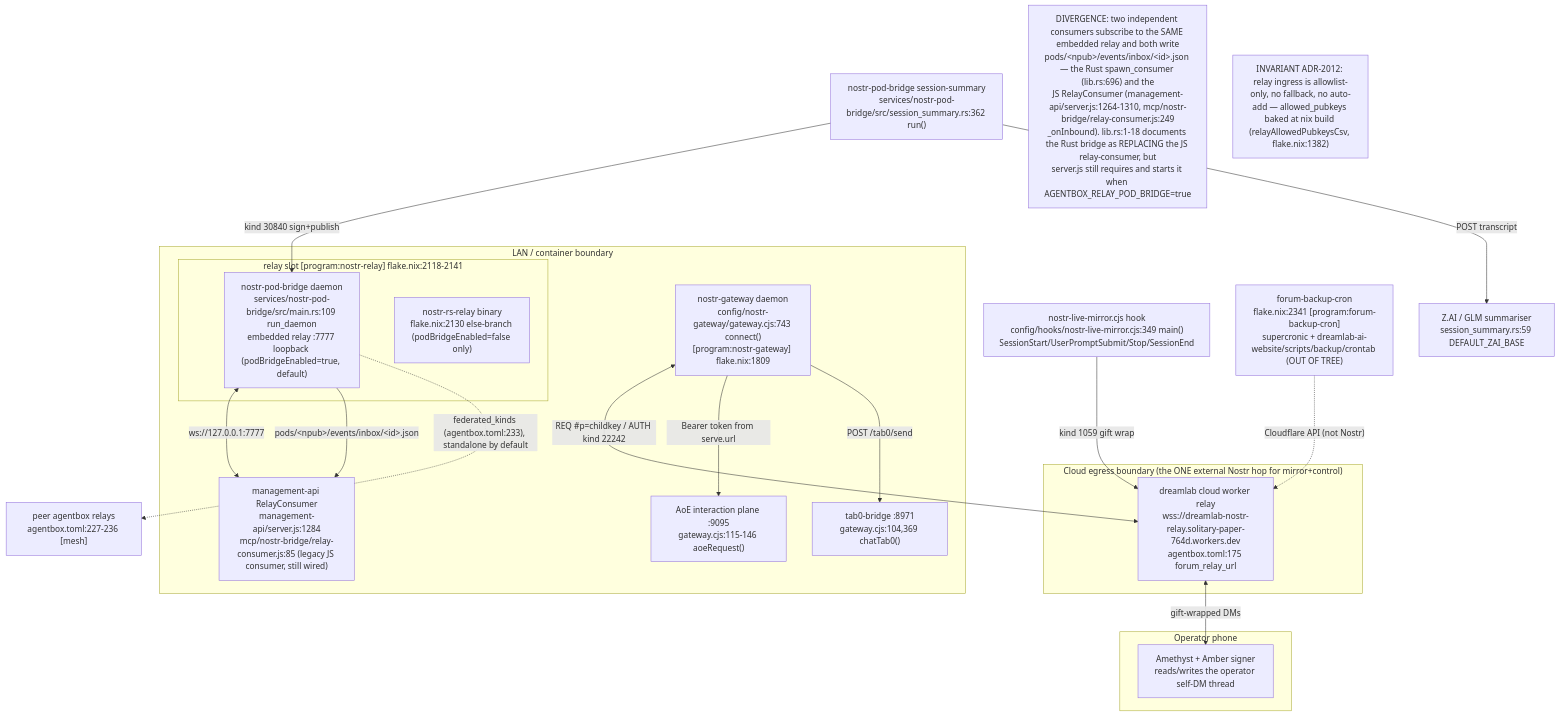
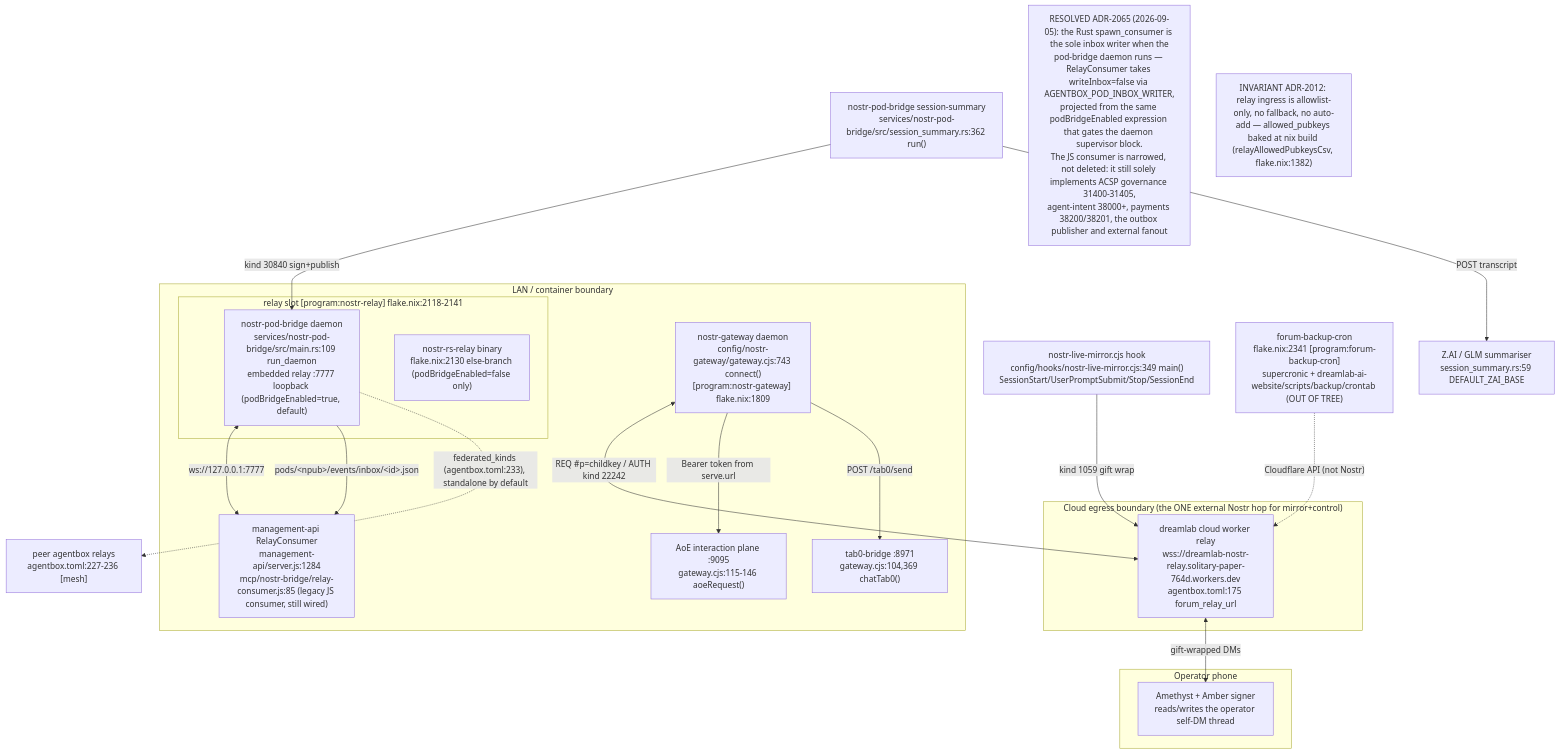
One commit to DreamLab-AI/AR-AI-Knowledge-Graph changed the first of 17 diagrams in docs/diagrams/agentbox/13-nostr-relay-gateway-bridge-mirror.md. Above: the diagram before and after it, drawn with Mermaid. The commit also changed other lines of this file and 172 other files, not shown here.

````diff
--- a/docs/diagrams/agentbox/13-nostr-relay-gateway-bridge-mirror.md
+++ b/docs/diagrams/agentbox/13-nostr-relay-gateway-bridge-mirror.md
@@ -34,39 +38,39 @@
 ```mermaid
 flowchart TB
     subgraph lan["LAN / container boundary"]
         subgraph relayslot["relay slot [program:nostr-relay] flake.nix:2118-2141"]
             PB["nostr-pod-bridge daemon<br/>services/nostr-pod-bridge/src/main.rs:109 run_daemon<br/>embedded relay :7777 loopback (podBridgeEnabled=true, default)"]
             RS["nostr-rs-relay binary<br/>flake.nix:2130 else-branch (podBridgeEnabled=false only)"]
         end
         GW["nostr-gateway daemon<br/>config/nostr-gateway/gateway.cjs:743 connect()<br/>[program:nostr-gateway] flake.nix:1809"]
         MGMT["management-api RelayConsumer<br/>management-api/server.js:1284<br/>mcp/nostr-bridge/relay-consumer.js:85 (legacy JS consumer, still wired)"]
         AOE["AoE interaction plane :9095<br/>gateway.cjs:115-146 aoeRequest()"]
         TAB0["tab0-bridge :8971<br/>gateway.cjs:104,369 chatTab0()"]
     end
     subgraph cloud["Cloud egress boundary (the ONE external Nostr hop for mirror+control)"]
         CLOUD["dreamlab cloud worker relay<br/>wss://dreamlab-nostr-relay.solitary-paper-764d.workers.dev<br/>agentbox.toml:175 forum_relay_url"]
     end
     subgraph phone["Operator phone"]
         AME["Amethyst + Amber signer<br/>reads/writes the operator self-DM thread"]
     end
     MIRROR["nostr-live-mirror.cjs hook<br/>config/hooks/nostr-live-mirror.cjs:349 main()<br/>SessionStart/UserPromptSubmit/Stop/SessionEnd"]
     DIGEST["nostr-pod-bridge session-summary<br/>services/nostr-pod-bridge/src/session_summary.rs:362 run()"]
     ZAI["Z.AI / GLM summariser<br/>session_summary.rs:59 DEFAULT_ZAI_BASE"]
     FORUM["forum-backup-cron<br/>flake.nix:2341 [program:forum-backup-cron]<br/>supercronic + dreamlab-ai-website/scripts/backup/crontab (OUT OF TREE)"]
     MESH["peer agentbox relays<br/>agentbox.toml:227-236 [mesh]"]
 
     MIRROR -->|"kind 1059 gift wrap"| CLOUD
     GW <-->|"REQ #p=childkey / AUTH kind 22242"| CLOUD
     CLOUD <-->|"gift-wrapped DMs"| AME
     DIGEST -->|"kind 30840 sign+publish"| PB
     DIGEST -->|"POST transcript"| ZAI
     PB <-->|"ws://127.0.0.1:7777"| MGMT
     PB -->|"pods/&lt;npub&gt;/events/inbox/&lt;id&gt;.json"| MGMT
     GW -->|"Bearer token from serve.url"| AOE
     GW -->|"POST /tab0/send"| TAB0
     PB -.->|"federated_kinds (agentbox.toml:233), standalone by default"| MESH
     FORUM -.->|"Cloudflare API (not Nostr)"| CLOUD
 
-N1["DIVERGENCE: two independent consumers subscribe to the SAME embedded relay and both write<br/>pods/&lt;npub&gt;/events/inbox/&lt;id&gt;.json — the Rust spawn_consumer (lib.rs:696) and the<br/>JS RelayConsumer (management-api/server.js:1264-1310, mcp/nostr-bridge/relay-consumer.js:249<br/>_onInbound). lib.rs:1-18 documents the Rust bridge as REPLACING the JS relay-consumer, but<br/>server.js still requires and starts it when AGENTBOX_RELAY_POD_BRIDGE=true"]
+N1["RESOLVED ADR-2065 (2026-09-05): the Rust spawn_consumer is the sole inbox writer when the<br/>pod-bridge daemon runs — RelayConsumer takes writeInbox=false via AGENTBOX_POD_INBOX_WRITER,<br/>projected from the same podBridgeEnabled expression that gates the daemon supervisor block.<br/>The JS consumer is narrowed, not deleted: it still solely implements ACSP governance 31400-31405,<br/>agent-intent 38000+, payments 38200/38201, the outbox publisher and external fanout"]
     N2["INVARIANT ADR-2012: relay ingress is allowlist-only, no fallback, no auto-add — allowed_pubkeys baked at nix build (relayAllowedPubkeysCsv, flake.nix:1382)"]
 ```
````
